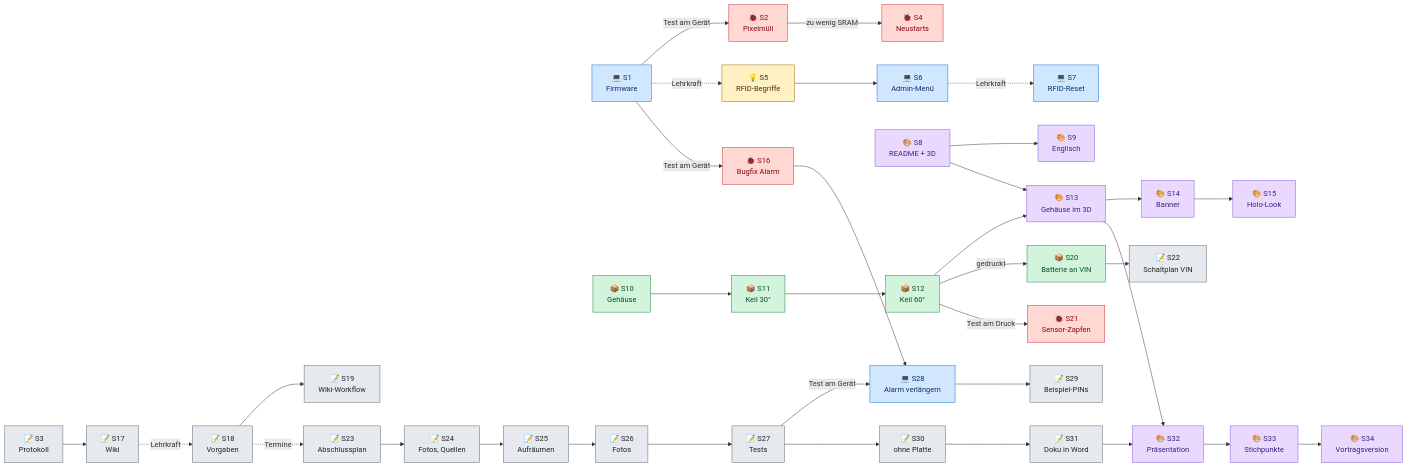
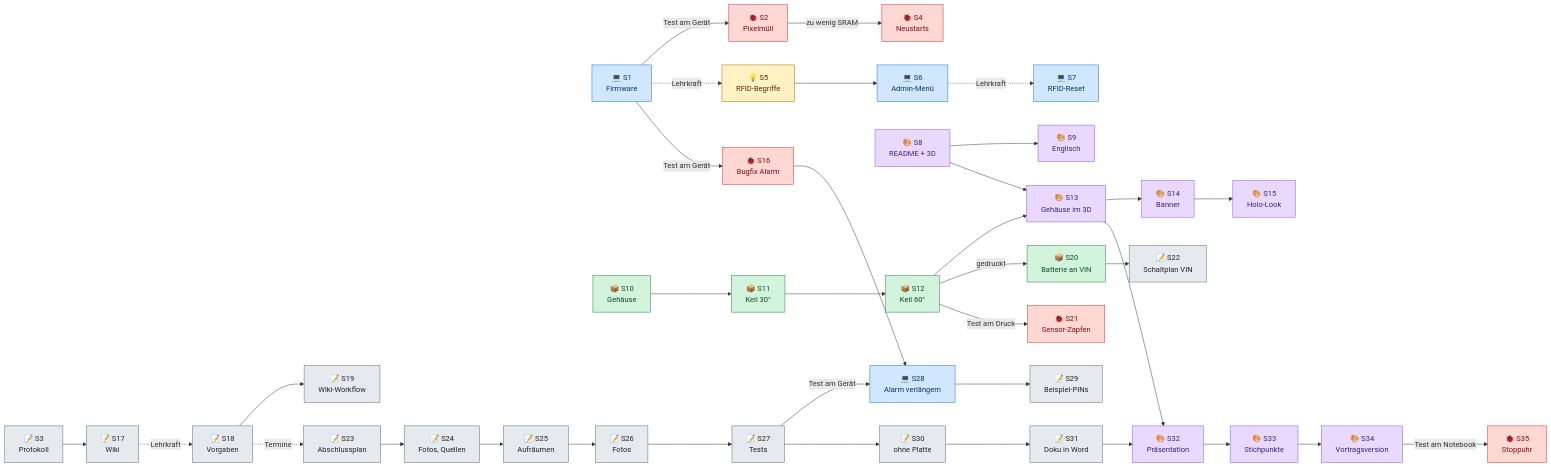
The second of 3 diagrams in wiki/Entwicklungsverlauf.md (BBZ-AIFS51/LF7-Projekt_GAS), drawn with Mermaid before and after one commit. The commit also changed other lines of this file and 6 other files, not shown here.

````diff
--- a/wiki/Entwicklungsverlauf.md
+++ b/wiki/Entwicklungsverlauf.md
@@ -73,71 +74,73 @@
 ```mermaid
 flowchart LR
     P1["💻 S1<br/>Firmware"]
     P2["🐞 S2<br/>Pixelmüll"]
     P3["📝 S3<br/>Protokoll"]
     P4["🐞 S4<br/>Neustarts"]
     P5["💡 S5<br/>RFID-Begriffe"]
     P6["💻 S6<br/>Admin-Menü"]
     P7["💻 S7<br/>RFID-Reset"]
     P8["🎨 S8<br/>README + 3D"]
     P9["🎨 S9<br/>Englisch"]
     P10["📦 S10<br/>Gehäuse"]
     P11["📦 S11<br/>Keil 30°"]
     P12["📦 S12<br/>Keil 60°"]
     P13["🎨 S13<br/>Gehäuse im 3D"]
     P14["🎨 S14<br/>Banner"]
     P15["🎨 S15<br/>Holo-Look"]
     P16["🐞 S16<br/>Bugfix Alarm"]
     P17["📝 S17<br/>Wiki"]
     P18["📝 S18<br/>Vorgaben"]
     P19["📝 S19<br/>Wiki-Workflow"]
     P20["📦 S20<br/>Batterie an VIN"]
     P21["🐞 S21<br/>Sensor-Zapfen"]
     P22["📝 S22<br/>Schaltplan VIN"]
     P23["📝 S23<br/>Abschlussplan"]
     P24["📝 S24<br/>Fotos, Quellen"]
     P25["📝 S25<br/>Aufräumen"]
     P26["📝 S26<br/>Fotos"]
     P27["📝 S27<br/>Tests"]
     P28["💻 S28<br/>Alarm verlängern"]
     P29["📝 S29<br/>Beispiel-PINs"]
     P30["📝 S30<br/>ohne Platte"]
     P31["📝 S31<br/>Doku in Word"]
     P32["🎨 S32<br/>Präsentation"]
     P33["🎨 S33<br/>Stichpunkte"]
     P34["🎨 S34<br/>Vortragsversion"]
+    P35["🐞 S35<br/>Stoppuhr"]
 
     P1 -- "Test am Gerät" --> P2 -- "zu wenig SRAM" --> P4
     P1 -. "Lehrkraft" .-> P5 --> P6
     P6 -. "Lehrkraft" .-> P7
     P1 -- "Test am Gerät" --> P16
     P8 --> P9
     P8 --> P13
     P10 --> P11 --> P12 --> P13
     P12 -- "gedruckt" --> P20
     P12 -- "Test am Druck" --> P21
     P20 --> P22
     P13 --> P14 --> P15
     P3 --> P17
     P17 -. "Lehrkraft" .-> P18
     P18 --> P19
     P18 -. "Termine" .-> P23
     P23 --> P24 --> P25 --> P26 --> P27
     P16 --> P28
     P27 -- "Test am Gerät" --> P28 --> P29
     P27 --> P30 --> P31 --> P32 --> P33 --> P34
+    P34 -- "Test am Notebook" --> P35
     P13 --> P32
 
     classDef fw fill:#d0e7ff,stroke:#0969da,color:#0a3069
     classDef bug fill:#ffd8d3,stroke:#cf222e,color:#82071e
     classDef info fill:#fff1c2,stroke:#9a6700,color:#4d2d00
     classDef vis fill:#ead9ff,stroke:#8250df,color:#3e1f79
     classDef box fill:#d2f4dc,stroke:#1a7f37,color:#044f1e
     classDef doc fill:#e6e9ed,stroke:#59636e,color:#1f2328
     class P1,P6,P7,P28 fw
-    class P2,P4,P16,P21 bug
+    class P2,P4,P16,P21,P35 bug
     class P5 info
     class P8,P9,P13,P14,P15,P32,P33,P34 vis
     class P10,P11,P12,P20 box
     class P3,P17,P18,P19,P22,P23,P24,P25,P26,P27,P29,P30,P31 doc
 ```
````
